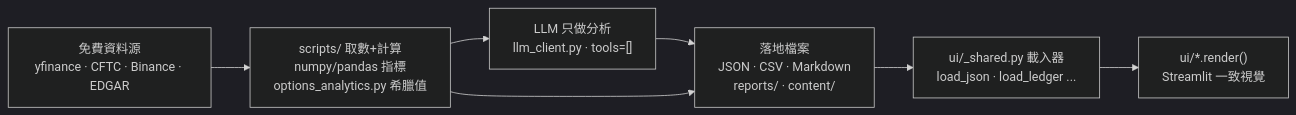
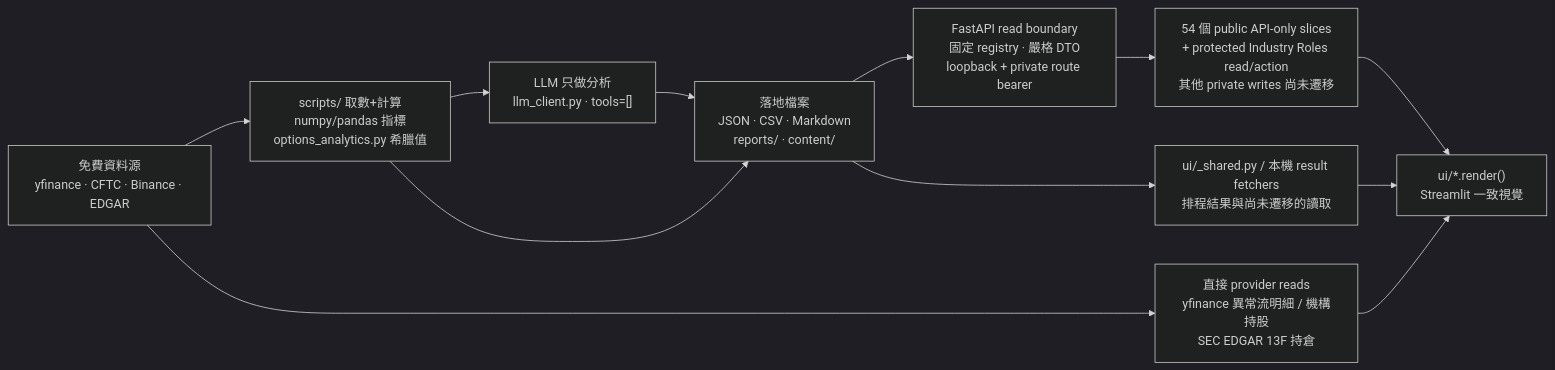
One commit to KennyHsiao/surge-screener changed the diagram in docs/USER_GUIDE.md. Above: the diagram before and after it, drawn with Mermaid (dark theme). The commit also changed other lines of this file and 319 other files, not shown here.

````diff
--- a/docs/USER_GUIDE.md
+++ b/docs/USER_GUIDE.md
@@ -601,9 +778,14 @@
 ```mermaid
 flowchart LR
     A["免費資料源<br/>yfinance · CFTC · Binance · EDGAR"] --> B["scripts/ 取數+計算<br/>numpy/pandas 指標<br/>options_analytics.py 希臘值"]
     B --> C["LLM 只做分析<br/>llm_client.py · tools=[]"]
     C --> D["落地檔案<br/>JSON · CSV · Markdown<br/>reports/ · content/"]
     B --> D
-    D --> E["ui/_shared.py 載入器<br/>load_json · load_ledger ..."]
-    E --> F["ui/*.render()<br/>Streamlit 一致視覺"]
+    D --> E["FastAPI read boundary<br/>固定 registry · 嚴格 DTO<br/>loopback + private route bearer"]
+    E --> F["54 個 public API-only slices<br/>+ protected Industry Roles read/action<br/>其他 private writes 尚未遷移"]
+    D --> G["ui/_shared.py / 本機 result fetchers<br/>排程結果與尚未遷移的讀取"]
+    A --> I["直接 provider reads<br/>yfinance 異常流明細 / 機構持股<br/>SEC EDGAR 13F 持倉"]
+    G --> H["ui/*.render()<br/>Streamlit 一致視覺"]
+    I --> H
+    F --> H
 ```
````
